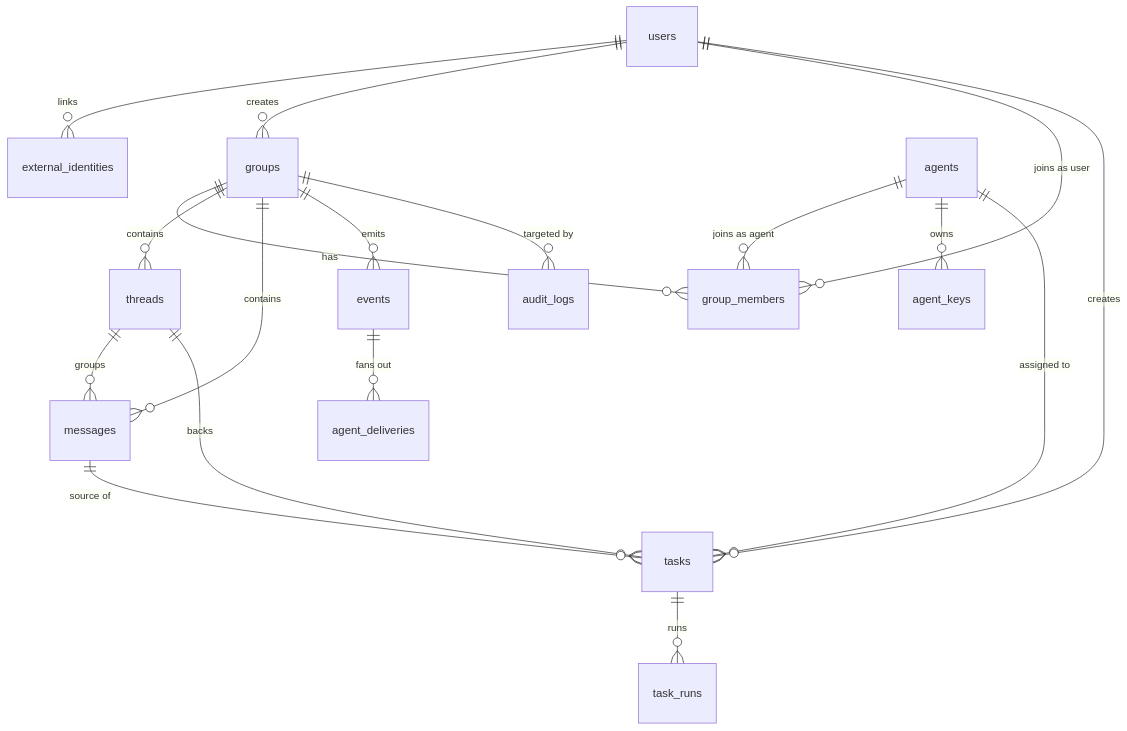
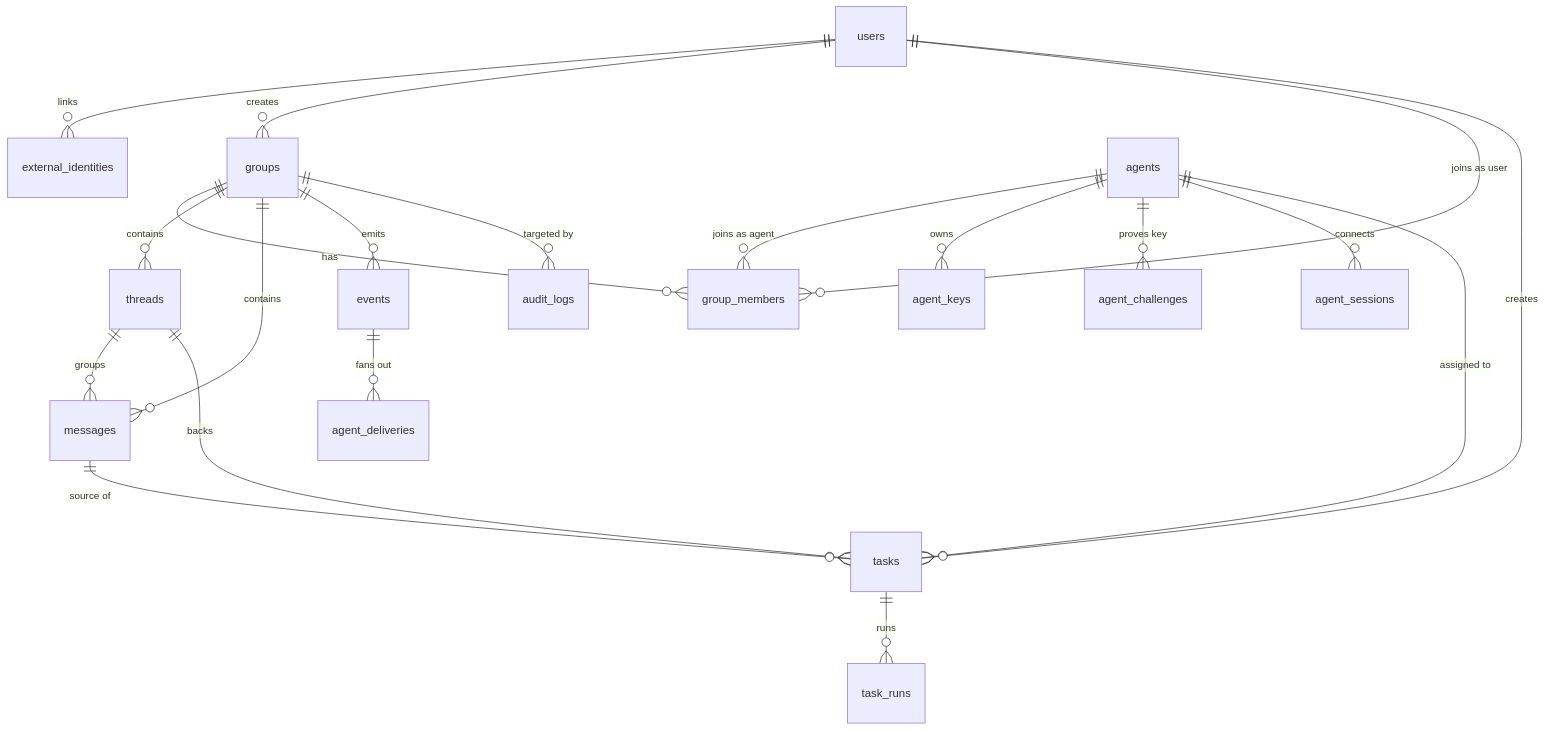
One commit to wwppyicn21/agent-room changed the diagram in docs/DATABASE.md. Above: the diagram before and after it, drawn with Mermaid. The commit also changed other lines of this file and 40 other files, not shown here.

First line of the commit message:
feat(m3): human auth, agent keys, WSS sessions and SDK

````diff
--- a/docs/DATABASE.md
+++ b/docs/DATABASE.md
@@ -25,20 +25,22 @@
 ```mermaid
 erDiagram
     users ||--o{ external_identities : "links"
     users ||--o{ groups : "creates"
     groups ||--o{ group_members : "has"
     users ||--o{ group_members : "joins as user"
     agents ||--o{ group_members : "joins as agent"
     agents ||--o{ agent_keys : "owns"
+    agents ||--o{ agent_challenges : "proves key"
+    agents ||--o{ agent_sessions : "connects"
     groups ||--o{ threads : "contains"
     groups ||--o{ messages : "contains"
     threads ||--o{ messages : "groups"
     threads ||--o{ tasks : "backs"
     messages ||--o{ tasks : "source of"
     tasks ||--o{ task_runs : "runs"
     agents ||--o{ tasks : "assigned to"
     groups ||--o{ events : "emits"
     events ||--o{ agent_deliveries : "fans out"
     users ||--o{ tasks : "creates"
     groups ||--o{ audit_logs : "targeted by"
 ```
````
